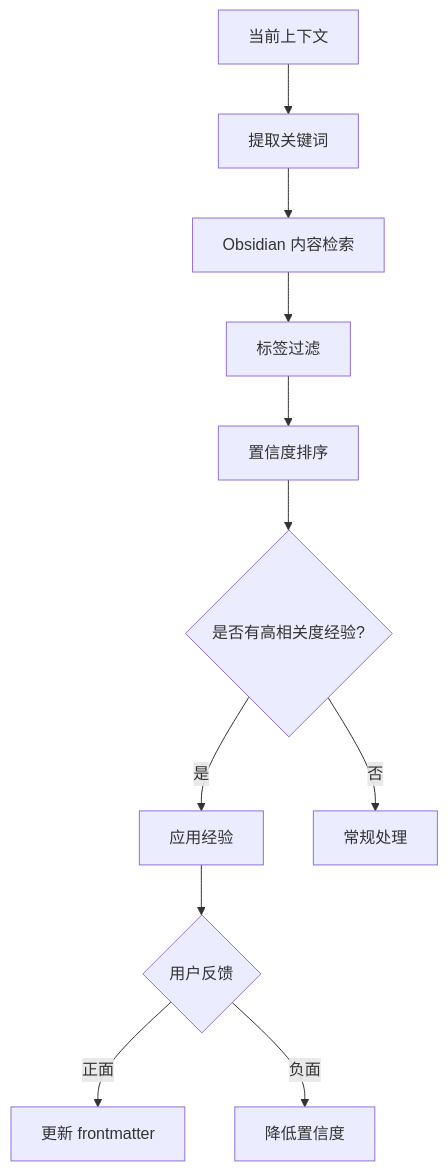
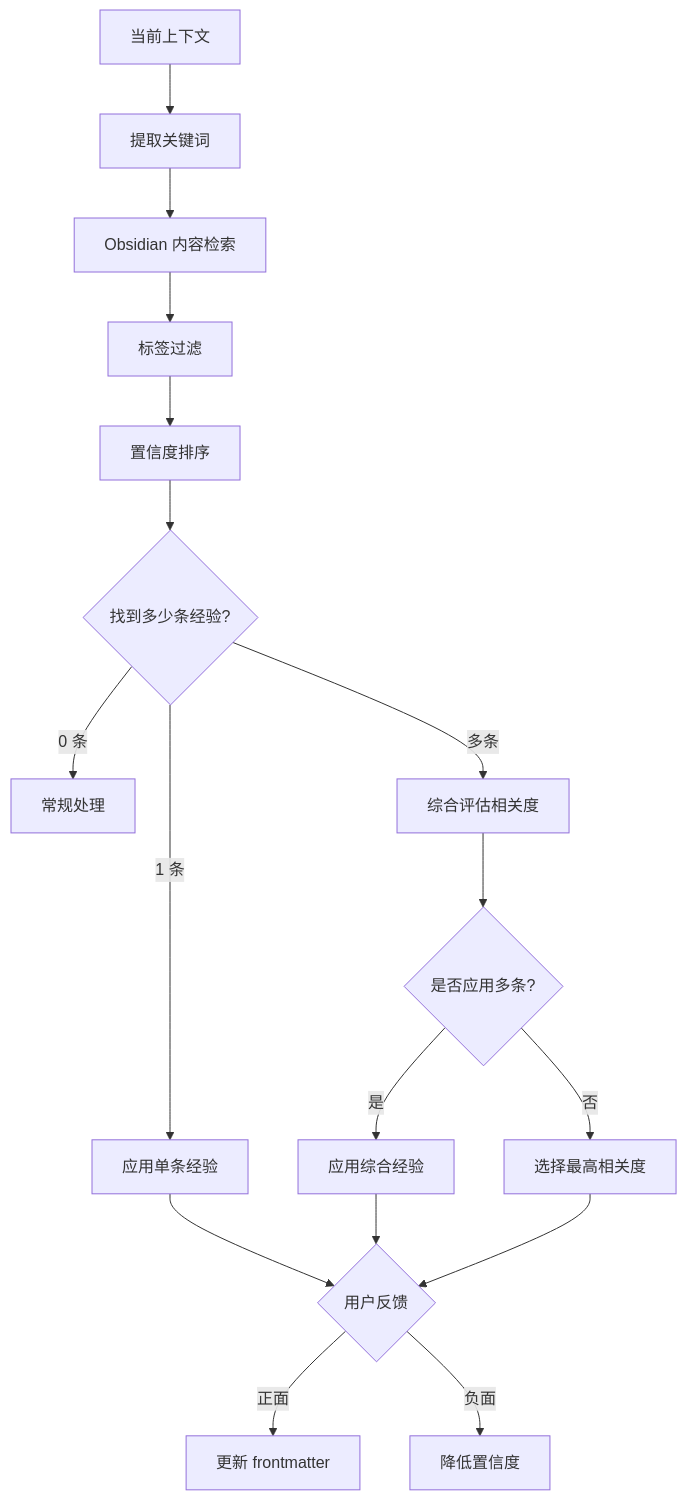
The second of 2 diagrams in .iflow/skills/exp/SKILL.md (lihaizhong/niuma), drawn with Mermaid before and after one commit. The commit also changed other lines of this file, not shown here.

````diff
--- a/.iflow/skills/exp/SKILL.md
+++ b/.iflow/skills/exp/SKILL.md
@@ -196,13 +222,19 @@
 ```mermaid
 flowchart TD
     A[当前上下文] --> B[提取关键词]
     B --> C[Obsidian 内容检索]
     C --> D[标签过滤]
     D --> E[置信度排序]
-    E --> F{是否有高相关度经验?}
-    F -->|是| G[应用经验]
-    F -->|否| H[常规处理]
-    G --> I{用户反馈}
-    I -->|正面| J[更新 frontmatter]
-    I -->|负面| K[降低置信度]
+    E --> F{找到多少条经验?}
+    F -->|0 条| G[常规处理]
+    F -->|1 条| H[应用单条经验]
+    F -->|多条| I[综合评估相关度]
+    I --> J{是否应用多条?}
+    J -->|是| K[应用综合经验]
+    J -->|否| L[选择最高相关度]
+    H --> M{用户反馈}
+    K --> M
+    L --> M
+    M -->|正面| N[更新 frontmatter]
+    M -->|负面| O[降低置信度]
 ```
````
